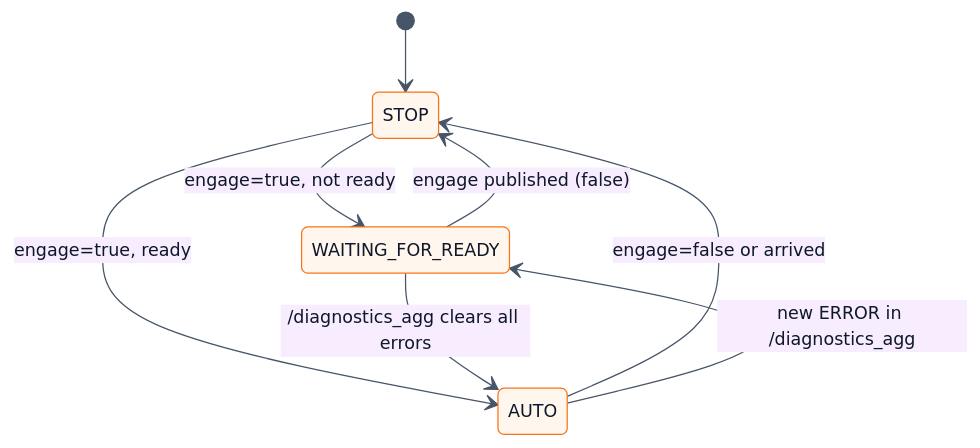
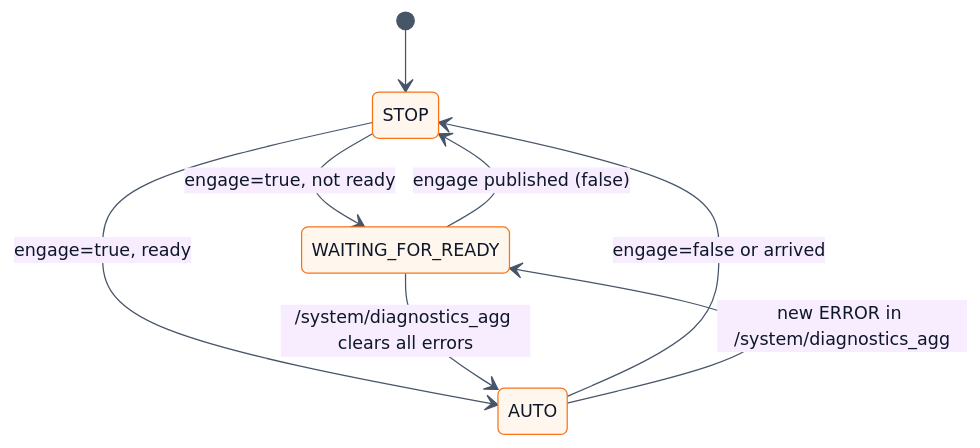
One commit to hwanhonglee/CAMROD changed the fourth of 5 diagrams in camrod_ui/README.md. Above: the diagram before and after it, drawn with Mermaid. The commit also changed other lines of this file and 184 other files, not shown here.

````diff
--- a/camrod_ui/README.md
+++ b/camrod_ui/README.md
@@ -145,19 +153,19 @@
 ```mermaid
 %%{init: {'theme': 'base', 'themeVariables': {'fontFamily': 'ui-sans-serif, system-ui, sans-serif', 'fontSize': '14px', 'primaryColor': '#FFF7ED', 'primaryTextColor': '#0F172A', 'primaryBorderColor': '#F97316', 'lineColor': '#475569'}}}%%
 stateDiagram-v2
   classDef auto    fill:#ECFDF5,stroke:#10B981,stroke-width:2px,color:#047857
   classDef waiting fill:#FEF9C3,stroke:#CA8A04,stroke-width:2px,color:#713F12
   classDef stop    fill:#FEE2E2,stroke:#EF4444,stroke-width:2px,color:#B91C1C
 
   [*] --> STOP
   STOP --> WAITING_FOR_READY : engage=true, not ready
   STOP --> AUTO : engage=true, ready
-  WAITING_FOR_READY --> AUTO : /diagnostics_agg clears all errors
+  WAITING_FOR_READY --> AUTO : /system/diagnostics_agg clears all errors
   WAITING_FOR_READY --> STOP : engage published (false)
   AUTO --> STOP : engage=false or arrived
-  AUTO --> WAITING_FOR_READY : new ERROR in /diagnostics_agg
+  AUTO --> WAITING_FOR_READY : new ERROR in /system/diagnostics_agg
 
   AUTO:::auto
   WAITING_FOR_READY:::waiting
   STOP:::stop
 ```
````
